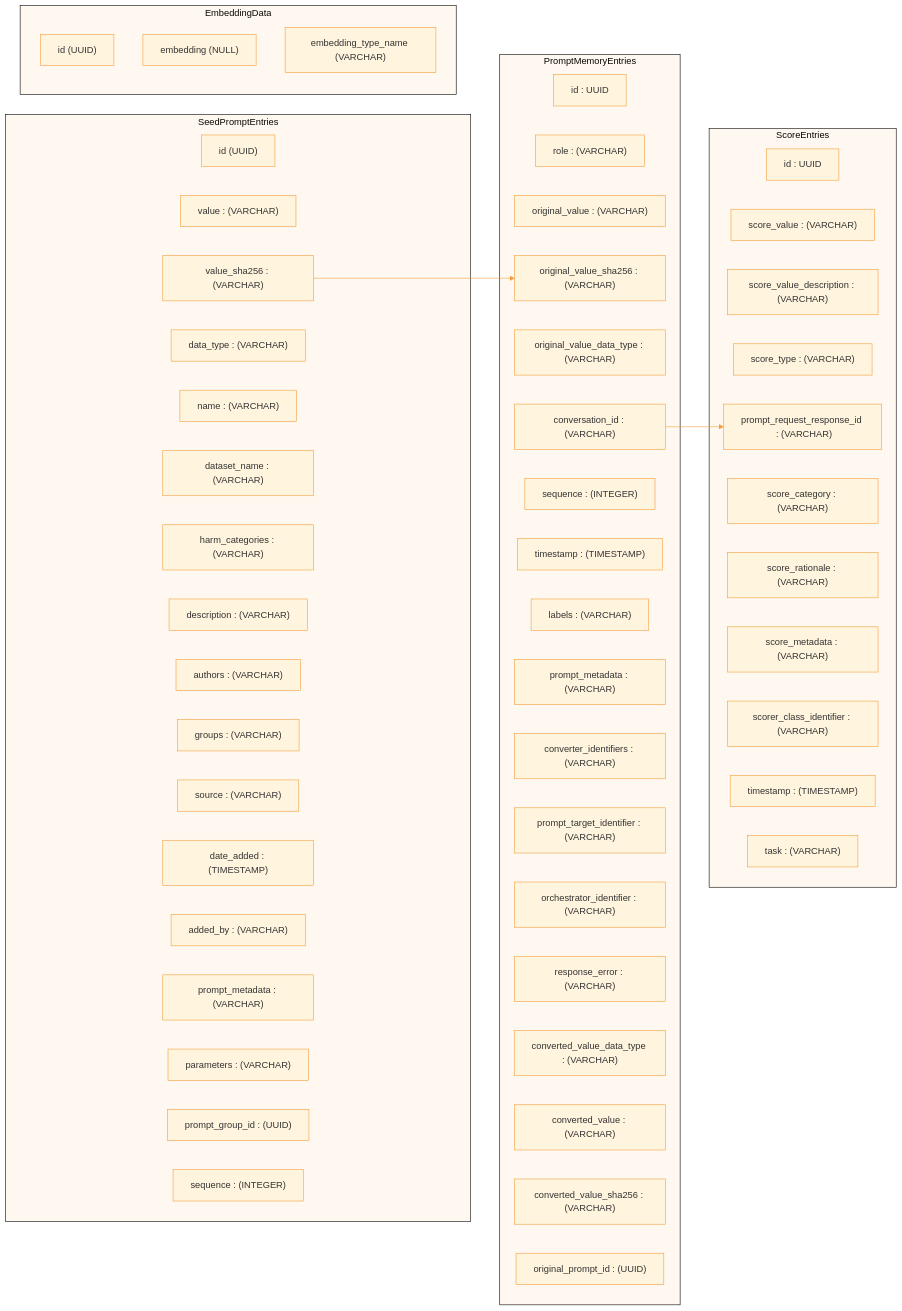
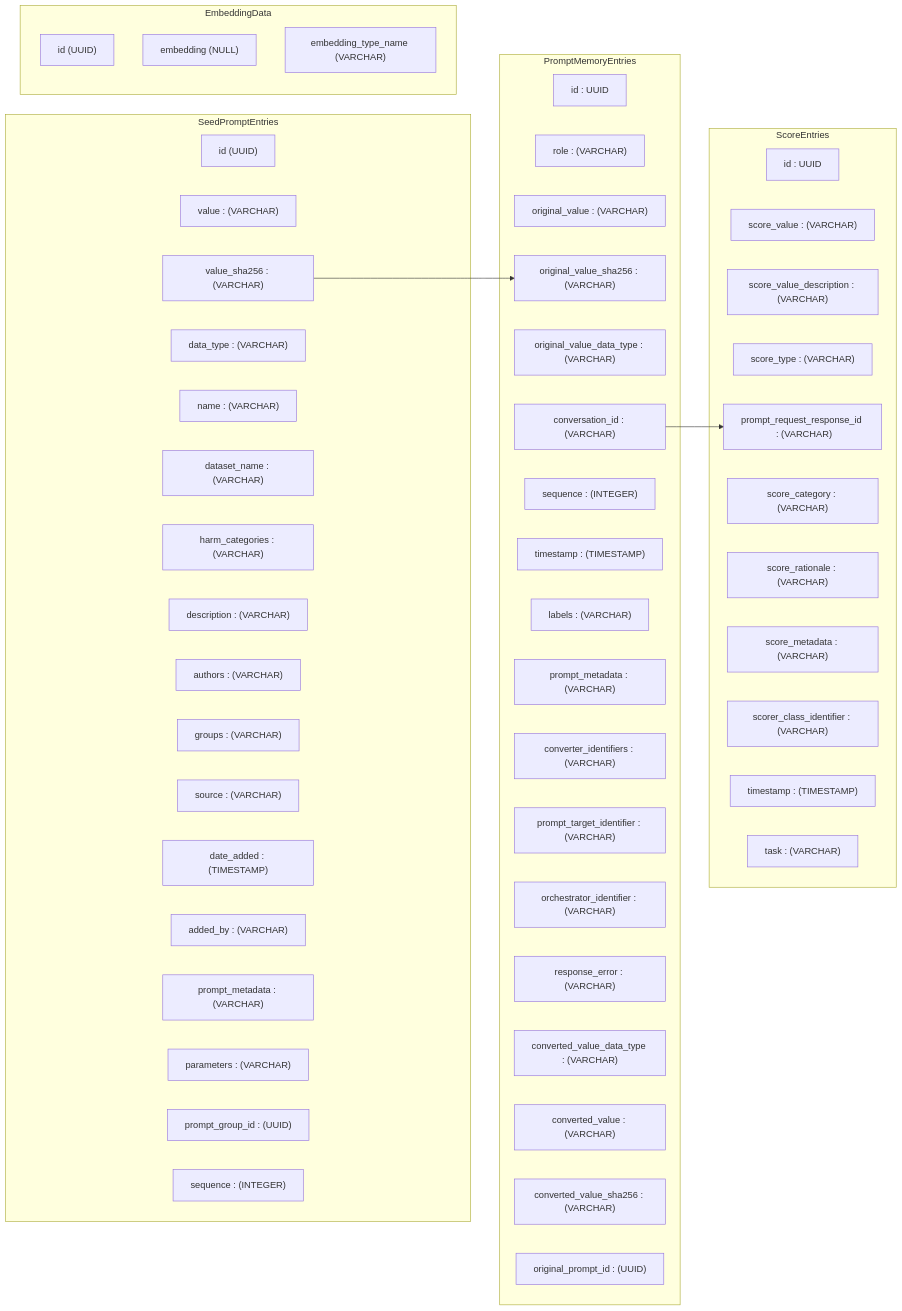
The diagram in doc/code/memory/10_schema_diagram.md (Azure/PyRIT), drawn with Mermaid before and after one commit.

Commit message:
modifying diagram to make border clearer

````diff
--- a/doc/code/memory/10_schema_diagram.md
+++ b/doc/code/memory/10_schema_diagram.md
@@ -5,16 +5,4 @@
 ```mermaid
-%%{
-  init: {
-    'theme': 'base',
-    'themeVariables': {
-      'lineColor': '#f39e3d',
-      'secondaryColor': '#f6bb77',
-      'primaryBorderColor': '#f39e3d',
-      'clusterBorder': '#000000',
-      'clusterBkg': '#fff8f0'
-    }
-  }
-}%%
 graph LR
     subgraph SeedPromptEntries
         S_id["id (UUID)"]
@@ -80,10 +68,4 @@
     %% Relationship arrow
     S_value_sha256 -->P_original_value_sha256
     P_conversation_id -->Sc_prompt_request_response_id
-
-    %% Apply table style
-    class S_id,S_value,S_value_sha256,S_data_type,S_name,S_dataset_name,S_harm_categories,S_description,S_authors,S_groups,S_source,S_date_added,S_added_by,S_prompt_metadata,S_parameters,S_prompt_group_id,S_sequence tableStyle;
-    class P_id,P_role,P_original_value,P_original_value_sha256,P_original_value_data_type,P_conversation_id,P_sequence,P_timestamp,P_labels,P_prompt_metadata,P_converter_identifiers,P_prompt_target_identifier,P_orchestrator_identifier,P_response_error,P_converted_value_data_type,P_converted_value,P_converted_value_sha256,P_original_prompt_id tableStyle;
-    class Sc_id,Sc_score_value,Sc_score_value_description,Sc_score_type,Sc_prompt_request_response_id,Sc_score_category,Sc_score_rationale,Sc_score_metadata,Sc_scorer_class_identifier,Sc_timestamp,Sc_task tableStyle;
-    class E_id,E_embedding,E_embedding_type_name tableStyle;
 ```
````
